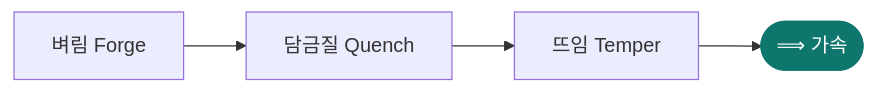
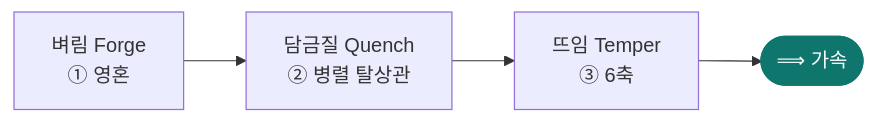
The second of 2 diagrams in README.ko.md (chrono-code/forge-harness), drawn with Mermaid before and after one commit. The commit also changed other lines of this file and 4 other files, not shown here.

````diff
--- a/README.ko.md
+++ b/README.ko.md
@@ -620,5 +626,5 @@
 ```mermaid
 flowchart LR
-  F["벼림 Forge"] --> Q["담금질 Quench"] --> T["뜨임 Temper"] --> A(["⟹ 가속"])
+  F["벼림 Forge<br/>① 영혼"] --> Q["담금질 Quench<br/>② 병렬 탈상관"] --> T["뜨임 Temper<br/>③ 6축"] --> A(["⟹ 가속"])
   style A fill:#0f766e,stroke:#0f766e,color:#fff
 ```
````
